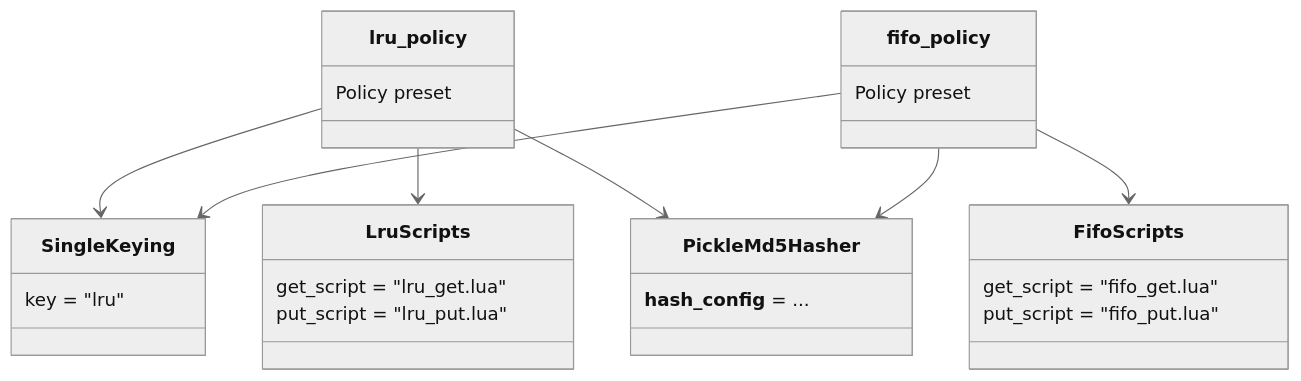
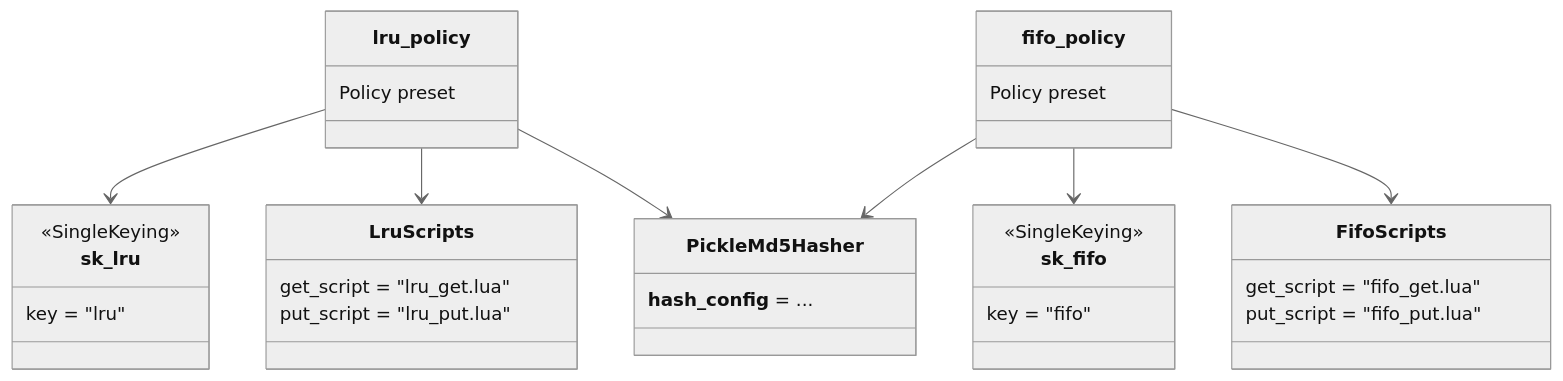
Before and after one commit to tanbro/redis_func_cache: the third of 5 diagrams in CONTRIBUTING.md, drawn with Mermaid (neutral theme). The commit also changed other lines of this file and 5 other files, not shown here.

First line of the commit message:
docs: diagram conventions and retrofit (AGENTS.md rules, README SVG, handler sequence diagrams)

````diff
--- a/CONTRIBUTING.md
+++ b/CONTRIBUTING.md
@@ -304,36 +325,42 @@
 ```mermaid
 classDiagram
     class lru_policy {
         Policy preset
     }
 
-    class SingleKeying {
+    class sk_lru {
+        <<SingleKeying>>
         key = "lru"
     }
 
     class LruScripts {
         get_script = "lru_get.lua"
         put_script = "lru_put.lua"
     }
 
     class PickleMd5Hasher {
         __hash_config__ = ...
     }
 
-    lru_policy --> SingleKeying
+    lru_policy --> sk_lru
     lru_policy --> LruScripts
     lru_policy --> PickleMd5Hasher
 
     class fifo_policy {
         Policy preset
     }
 
+    class sk_fifo {
+        <<SingleKeying>>
+        key = "fifo"
+    }
+
     class FifoScripts {
         get_script = "fifo_get.lua"
         put_script = "fifo_put.lua"
     }
 
-    fifo_policy --> SingleKeying
+    fifo_policy --> sk_fifo
     fifo_policy --> FifoScripts
     fifo_policy --> PickleMd5Hasher
 ```
````
